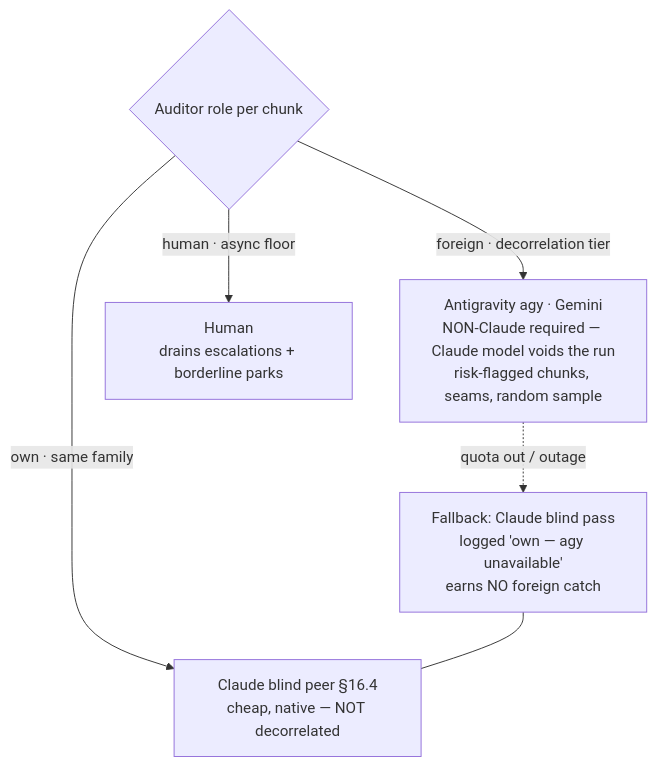
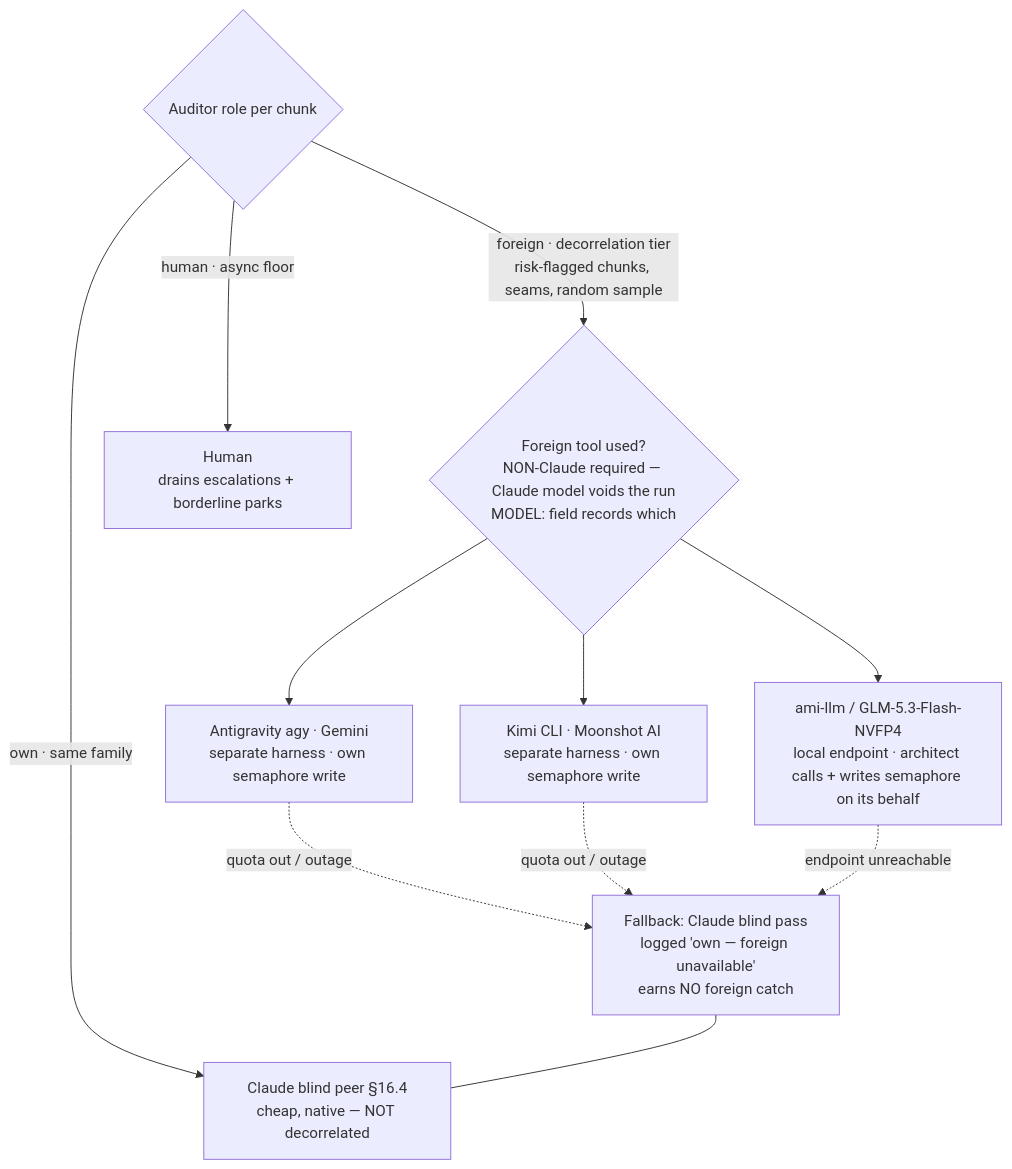
The third of 5 diagrams in docs/MHBP_PROCESS_DIAGRAM.md (saifgithub/DeliveryOS), drawn with Mermaid before and after one commit. The commit also changed other lines of this file and 3 other files, not shown here.

First line of the commit message:
feat(mhbp): add Kimi Code + local endpoints as foreign auditor tiers

````diff
--- a/docs/MHBP_PROCESS_DIAGRAM.md
+++ b/docs/MHBP_PROCESS_DIAGRAM.md
@@ -96,10 +96,15 @@
 ```mermaid
 flowchart TD
     ROLE{Auditor role per chunk}
-    ROLE -->|foreign · decorrelation tier| AGY[Antigravity agy · Gemini<br/>NON-Claude required — Claude model voids the run<br/>risk-flagged chunks, seams, random sample]
+    ROLE -->|foreign · decorrelation tier<br/>risk-flagged chunks, seams, random sample| FOR{Foreign tool used?<br/>NON-Claude required — Claude model voids the run<br/>MODEL: field records which}
+    FOR --> AGY[Antigravity agy · Gemini<br/>separate harness · own semaphore write]
+    FOR --> KIMI[Kimi CLI · Moonshot AI<br/>separate harness · own semaphore write]
+    FOR --> LOCAL[ami-llm / GLM-5.3-Flash-NVFP4<br/>local endpoint · architect calls + writes semaphore on its behalf]
     ROLE -->|own · same family| PEER[Claude blind peer §16.4<br/>cheap, native — NOT decorrelated]
     ROLE -->|human · async floor| HU[Human<br/>drains escalations + borderline parks]
 
-    AGY -.quota out / outage.-> FB[Fallback: Claude blind pass<br/>logged 'own — agy unavailable'<br/>earns NO foreign catch]
+    AGY -.quota out / outage.-> FB[Fallback: Claude blind pass<br/>logged 'own — foreign unavailable'<br/>earns NO foreign catch]
+    KIMI -.quota out / outage.-> FB
+    LOCAL -.endpoint unreachable.-> FB
     FB --- PEER
 ```
````
